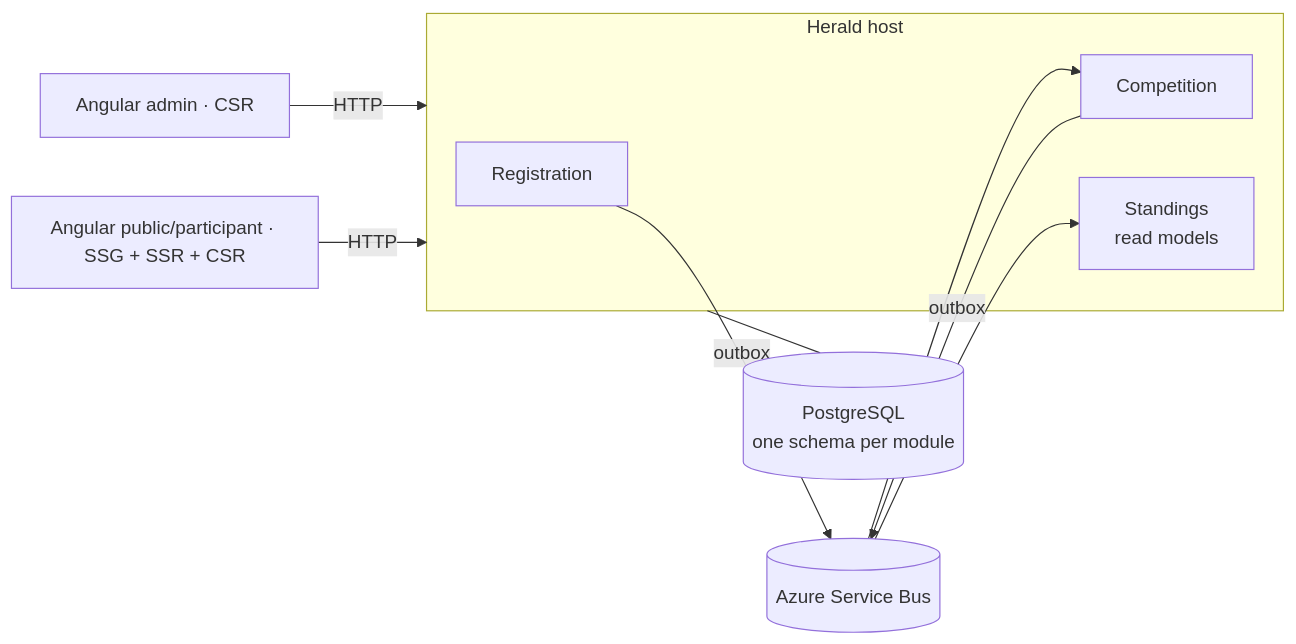
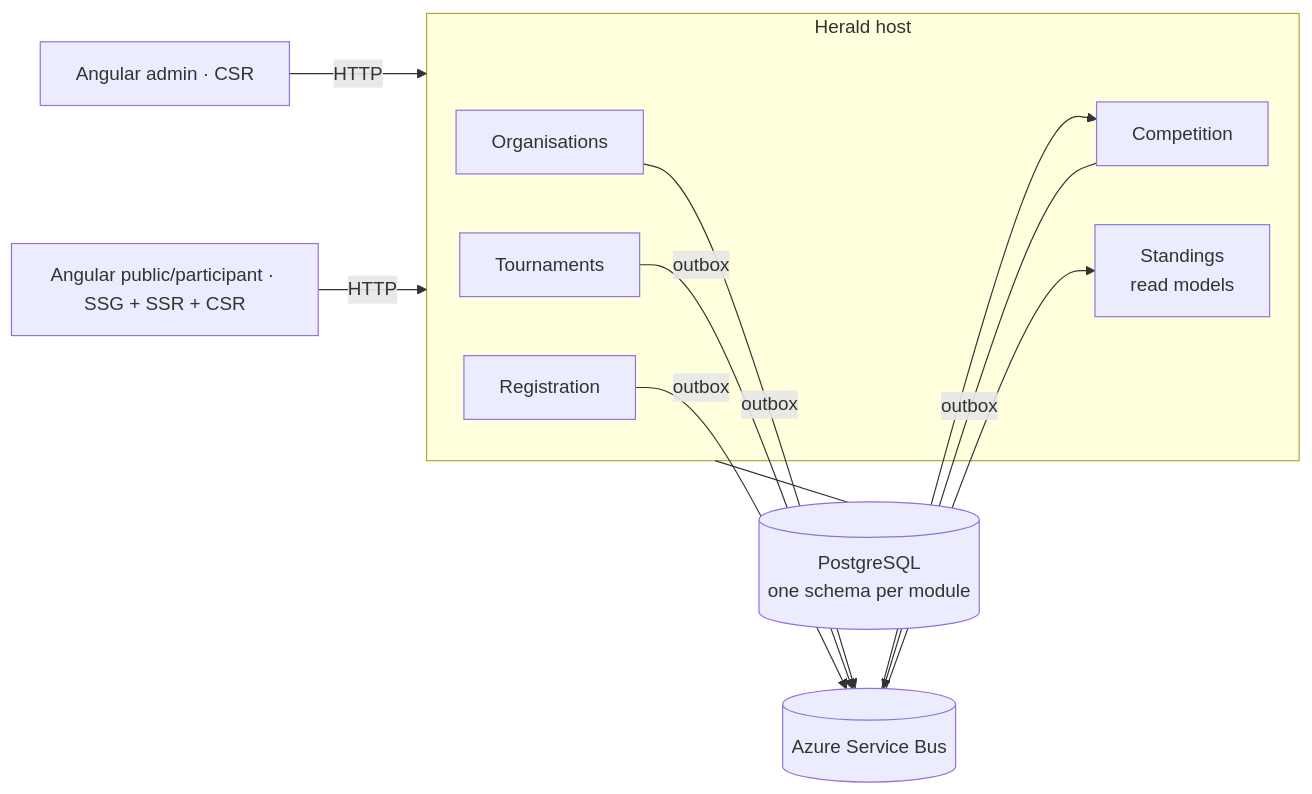
Before and after one commit to juliofuentescerrada/herald: the diagram in README.md, drawn with Mermaid. The commit also changed other lines of this file and 12 other files, not shown here.

First line of the commit message:
docs: let modules evolve, add Organisations and Tournaments, tidy M0

````diff
--- a/README.md
+++ b/README.md
@@ -32,15 +32,19 @@
 ```mermaid
 flowchart LR
     admin[Angular admin · CSR] -->|HTTP| api
     public[Angular public/participant · SSG + SSR + CSR] -->|HTTP| api
     subgraph api[Herald host]
+        org[Organisations]
+        tour[Tournaments]
         reg[Registration]
         comp[Competition]
         stand[Standings<br/>read models]
     end
-    reg -->|outbox| bus[(Azure Service Bus)]
+    org -->|outbox| bus[(Azure Service Bus)]
+    tour -->|outbox| bus
+    reg -->|outbox| bus
     comp -->|outbox| bus
     bus --> comp
     bus --> stand
     api --- db[(PostgreSQL<br/>one schema per module)]
 ```
````
